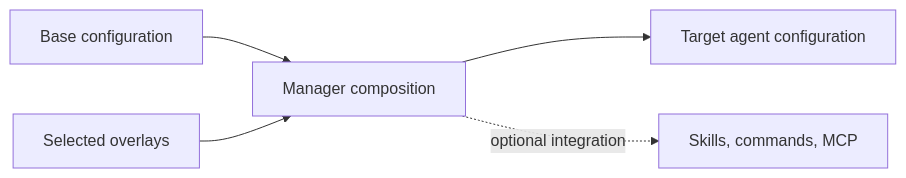
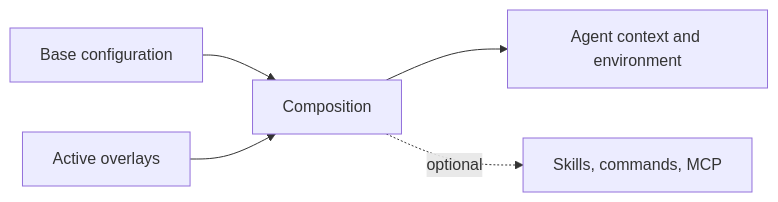
One commit to Boriken-Dev/agent-overlay-spec changed the diagram in spec/v0/composition.md. Above: the diagram before and after it, drawn with Mermaid. The commit also changed other lines of this file and 118 other files, not shown here.

````diff
--- a/spec/v0/composition.md
+++ b/spec/v0/composition.md
@@ -5,7 +6,7 @@
 ```mermaid
 flowchart LR
-  A[Base configuration] --> C[Manager composition]
-  B[Selected overlays] --> C
-  C --> D[Target agent configuration]
-  C -. optional integration .-> E[Skills, commands, MCP]
+  A[Base configuration] --> C[Composition]
+  B[Active overlays] --> C
+  C --> D[Agent context and environment]
+  C -. optional .-> E[Skills, commands, MCP]
 ```
````
